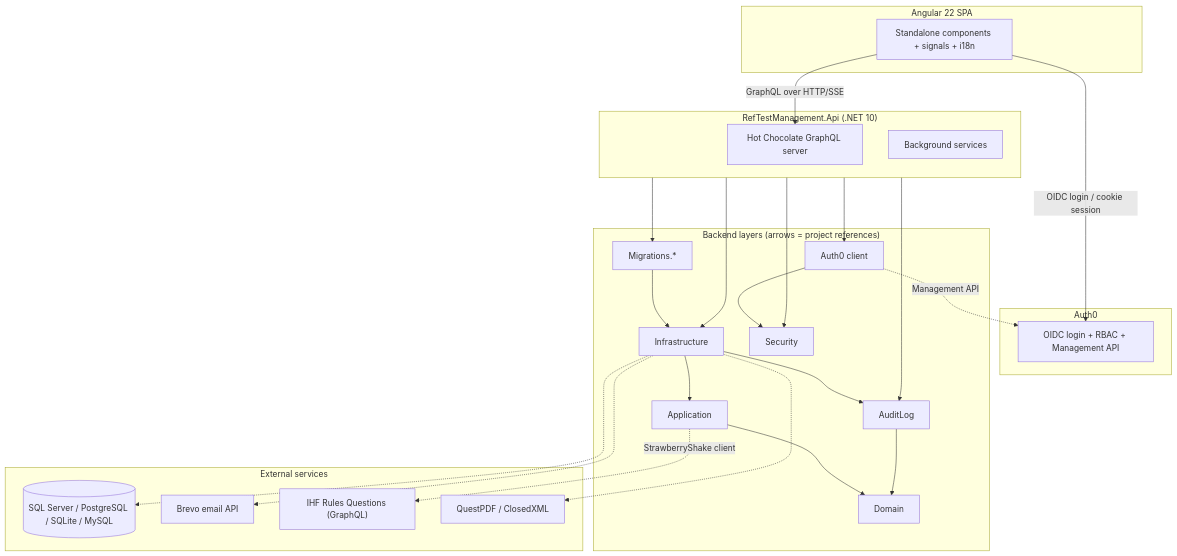
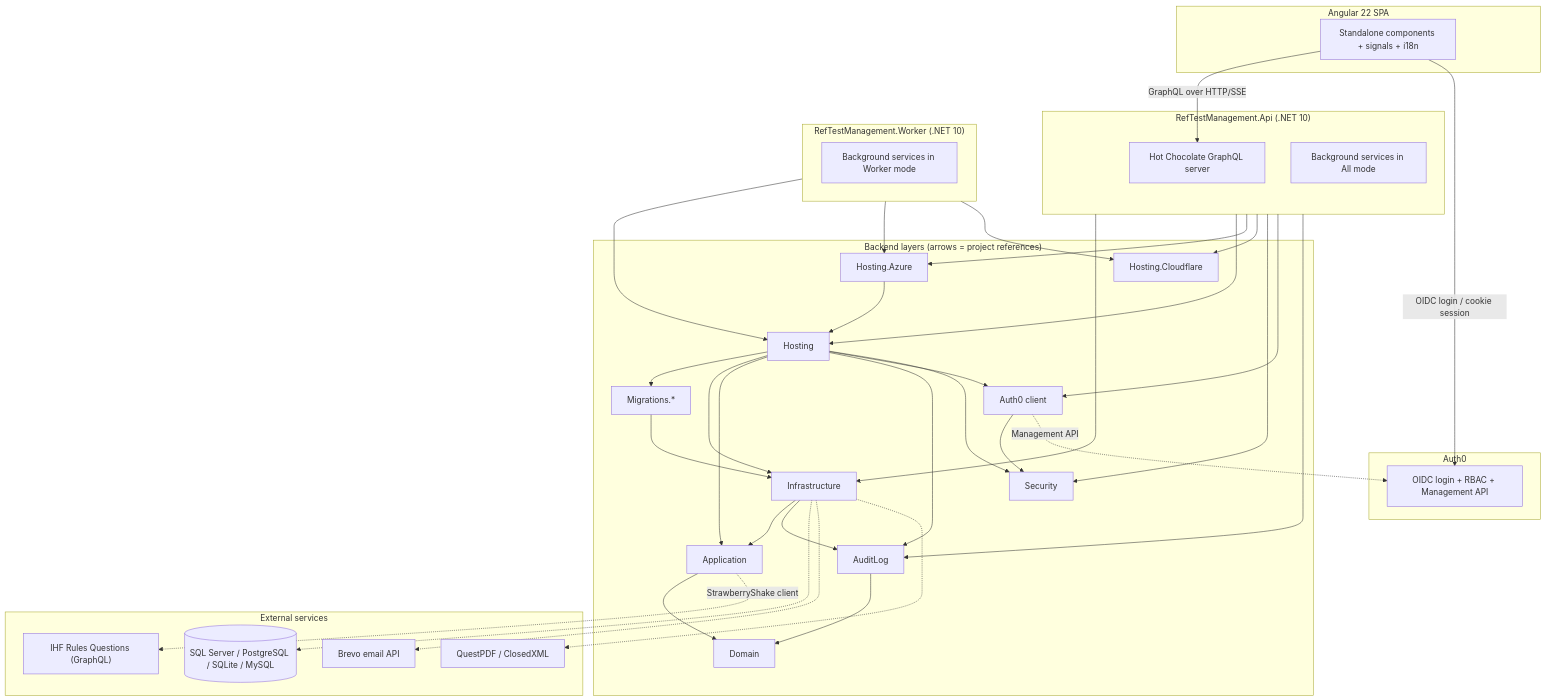
Before and after one commit to handballbelgium-referees/ref-test-management: the diagram in README.md, drawn with Mermaid. The commit also changed other lines of this file and 97 other files, not shown here.

````diff
--- a/README.md
+++ b/README.md
@@ -142,51 +142,70 @@
 ```mermaid
 flowchart TB
     subgraph Client["Angular 22 SPA"]
         UI["Standalone components + signals + i18n"]
     end
 
     subgraph Auth["Auth0"]
         A0["OIDC login + RBAC + Management API"]
     end
 
     subgraph Api["RefTestManagement.Api (.NET 10)"]
         GQL["Hot Chocolate GraphQL server"]
-        BG["Background services"]
+        BG["Background services in All mode"]
+    end
+
+    subgraph Worker["RefTestManagement.Worker (.NET 10)"]
+        WorkerBG["Background services in Worker mode"]
     end
 
     subgraph Layers["Backend layers (arrows = project references)"]
         Infrastructure["Infrastructure"]
+        Hosting["Hosting"]
+        AzureHosting["Hosting.Azure"]
+        CloudflareHosting["Hosting.Cloudflare"]
         Application["Application"]
         Domain["Domain"]
         AuditLog["AuditLog"]
         Migrations["Migrations.*"]
         Security["Security"]
         Auth0Proj["Auth0 client"]
     end
 
     subgraph External["External services"]
         DB[("SQL Server / PostgreSQL / SQLite / MySQL")]
         Brevo["Brevo email API"]
         IHF["IHF Rules Questions (GraphQL)"]
         PDF["QuestPDF / ClosedXML"]
     end
 
     UI -->|"GraphQL over HTTP/SSE"| GQL
     UI -->|"OIDC login / cookie session"| A0
     Api --> Infrastructure
-    Api --> Migrations
+    Api --> Hosting
+    Worker --> Hosting
+    Api --> AzureHosting
+    Worker --> AzureHosting
+    Api --> CloudflareHosting
+    Worker --> CloudflareHosting
+    AzureHosting --> Hosting
+    Hosting --> Migrations
+    Hosting --> Infrastructure
+    Hosting --> Application
+    Hosting --> AuditLog
+    Hosting --> Auth0Proj
+    Hosting --> Security
     Api --> Security
     Api --> Auth0Proj
     Api --> AuditLog
     Migrations --> Infrastructure
     Infrastructure --> Application
     Infrastructure --> AuditLog
     Application --> Domain
     AuditLog --> Domain
     Auth0Proj --> Security
     Application -.->|"StrawberryShake client"| IHF
     Infrastructure -.-> DB
     Infrastructure -.-> Brevo
     Infrastructure -.-> PDF
     Auth0Proj -.->|"Management API"| A0
 ```
````
